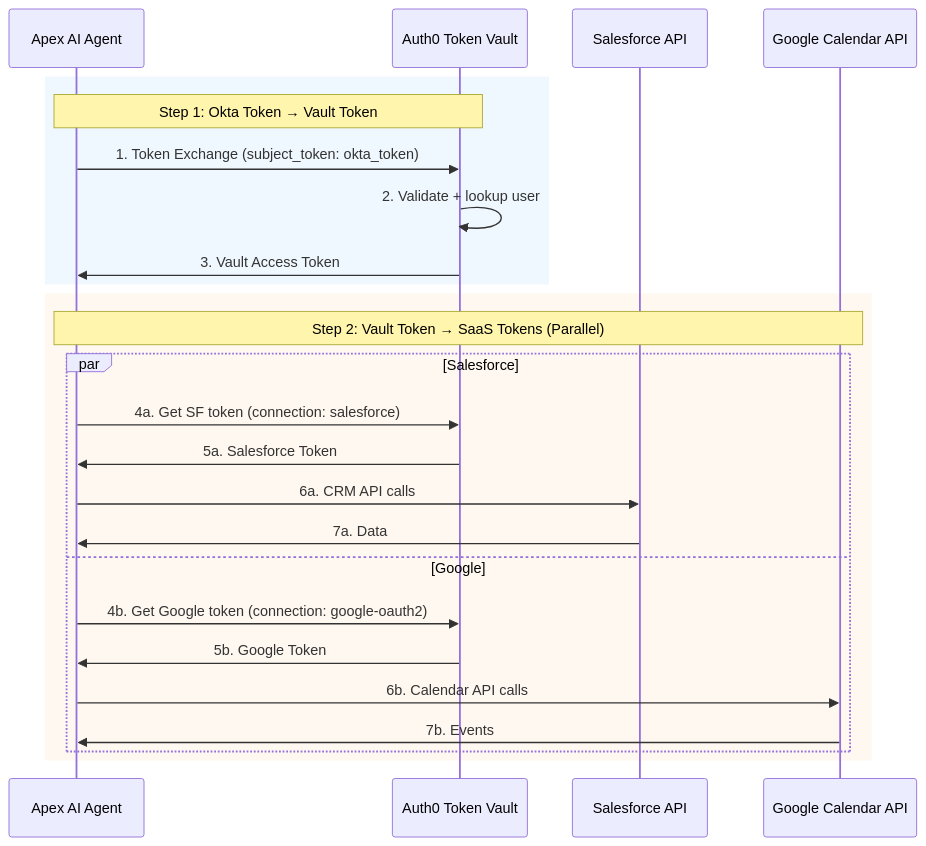
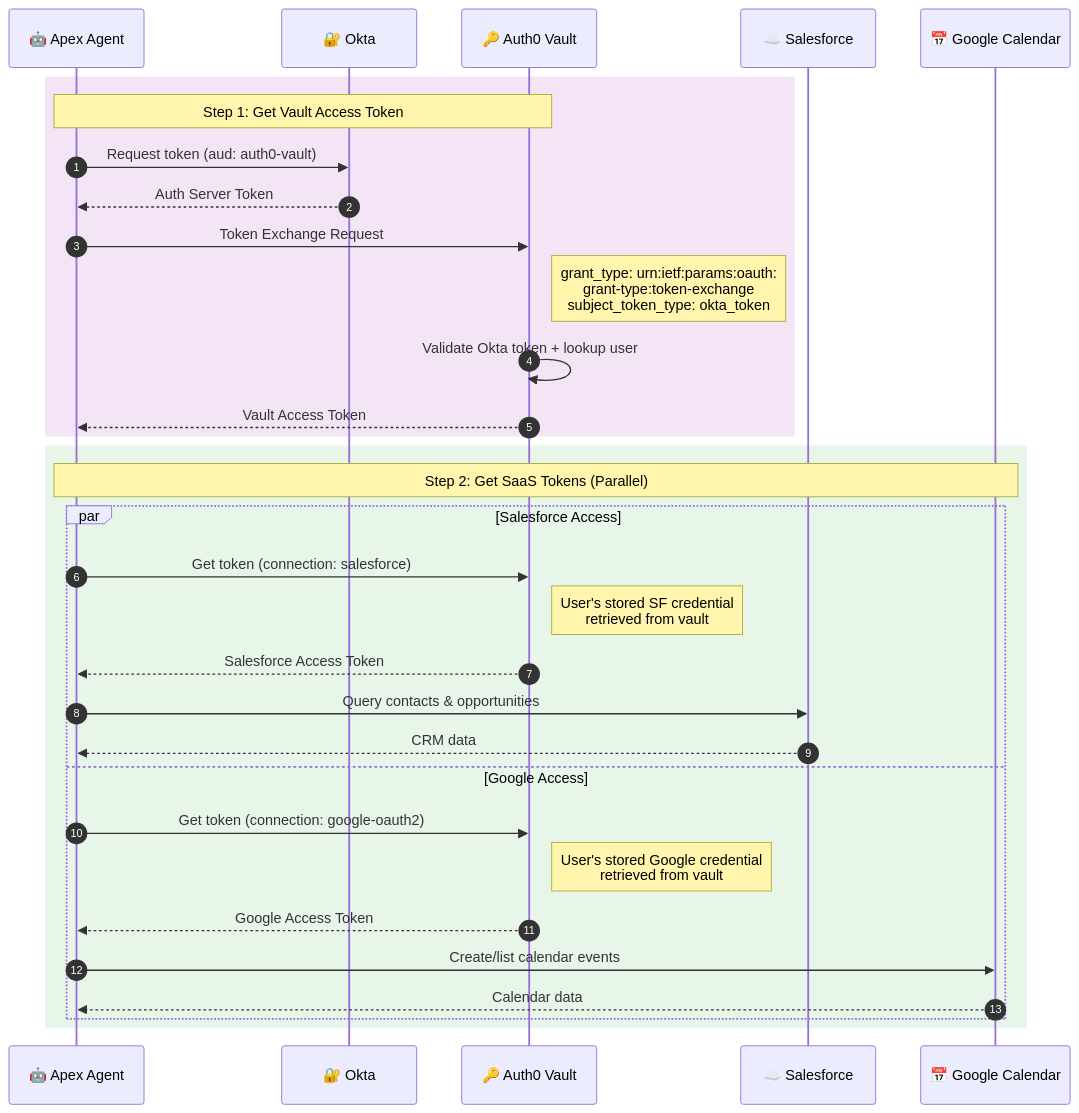
One commit to kunkol/apex-wealth-advisor changed the third of 4 diagrams in README.md. Above: the diagram before and after it, drawn with Mermaid. The commit also changed other lines of this file and 3 other files, not shown here.

````diff
--- a/README.md
+++ b/README.md
@@ -145,29 +157,38 @@
 ```mermaid
 sequenceDiagram
-    participant Agent as Apex AI Agent
-    participant Auth0 as Auth0 Token Vault
-    participant SF as Salesforce API
-    participant GCal as Google Calendar API
-
-    rect rgb(240, 248, 255)
-    Note over Agent,Auth0: Step 1: Okta Token → Vault Token
-    Agent->>Auth0: 1. Token Exchange (subject_token: okta_token)
-    Auth0->>Auth0: 2. Validate + lookup user
-    Auth0->>Agent: 3. Vault Access Token
+    autonumber
+    
+    participant Agent as 🤖 Apex Agent
+    participant Okta as 🔐 Okta
+    participant Vault as 🔑 Auth0 Vault
+    participant SF as ☁️ Salesforce
+    participant GCal as 📅 Google Calendar
+    
+    rect rgb(243, 229, 245)
+    Note over Agent,Vault: Step 1: Get Vault Access Token
+    Agent->>Okta: Request token (aud: auth0-vault)
+    Okta-->>Agent: Auth Server Token
+    Agent->>Vault: Token Exchange Request
+    Note right of Vault: grant_type: urn:ietf:params:oauth:<br/>grant-type:token-exchange<br/>subject_token_type: okta_token
+    Vault->>Vault: Validate Okta token + lookup user
+    Vault-->>Agent: Vault Access Token
     end
-
-    rect rgb(255, 248, 240)
-    Note over Agent,GCal: Step 2: Vault Token → SaaS Tokens (Parallel)
-    par Salesforce
-        Agent->>Auth0: 4a. Get SF token (connection: salesforce)
-        Auth0->>Agent: 5a. Salesforce Token
-        Agent->>SF: 6a. CRM API calls
-        SF->>Agent: 7a. Data
-    and Google
-        Agent->>Auth0: 4b. Get Google token (connection: google-oauth2)
-        Auth0->>Agent: 5b. Google Token
-        Agent->>GCal: 6b. Calendar API calls
-        GCal->>Agent: 7b. Events
+    
+    rect rgb(232, 245, 233)
+    Note over Agent,GCal: Step 2: Get SaaS Tokens (Parallel)
+    
+    par Salesforce Access
+        Agent->>Vault: Get token (connection: salesforce)
+        Note right of Vault: User's stored SF credential<br/>retrieved from vault
+        Vault-->>Agent: Salesforce Access Token
+        Agent->>SF: Query contacts & opportunities
+        SF-->>Agent: CRM data
+    and Google Access
+        Agent->>Vault: Get token (connection: google-oauth2)
+        Note right of Vault: User's stored Google credential<br/>retrieved from vault
+        Vault-->>Agent: Google Access Token
+        Agent->>GCal: Create/list calendar events
+        GCal-->>Agent: Calendar data
     end
     end
 ```
````
